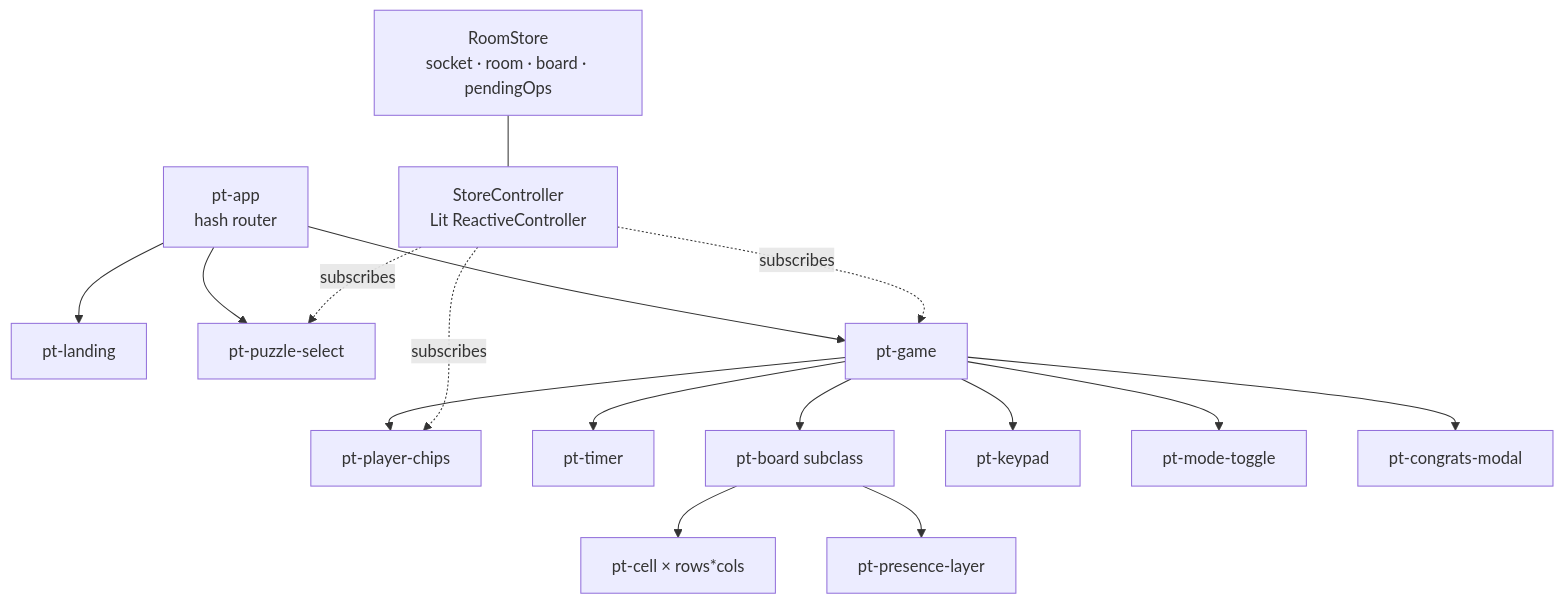
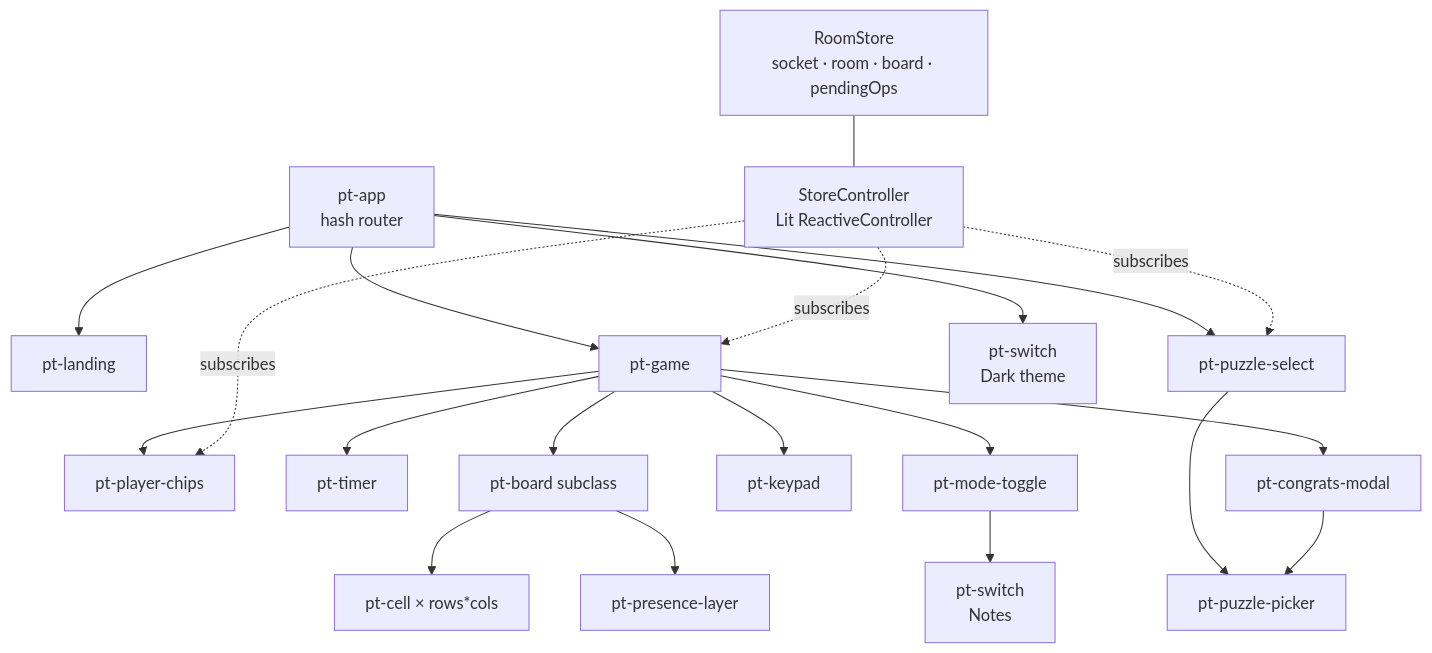
Before and after one commit to nikhilasm/puzzletogether: the sixth of 6 diagrams in docs/architecture.md, drawn with Mermaid. The commit also changed other lines of this file and 54 other files, not shown here.

````diff
--- a/docs/architecture.md
+++ b/docs/architecture.md
@@ -207,24 +211,29 @@
 ```mermaid
 flowchart TB
     APP["pt-app<br/>hash router"]
     APP --> LAND["pt-landing"]
     APP --> SEL["pt-puzzle-select"]
     APP --> GAME["pt-game"]
 
     GAME --> CHIPS["pt-player-chips"]
     GAME --> TIMER["pt-timer"]
     GAME --> BOARD["pt-board subclass"]
     GAME --> KEYPAD["pt-keypad"]
     GAME --> MODE["pt-mode-toggle"]
     GAME --> MODAL["pt-congrats-modal"]
 
+    APP --> THEMESW["pt-switch<br/>Dark theme"]
+    MODE --> SWITCH["pt-switch<br/>Notes"]
+    SEL --> PICKER["pt-puzzle-picker"]
+    MODAL --> PICKER
+
     BOARD --> CELL["pt-cell × rows*cols"]
     BOARD --> PRES["pt-presence-layer"]
 
     STORE["RoomStore<br/>socket · room · board · pendingOps"]
     CTRL["StoreController<br/>Lit ReactiveController"]
     STORE --- CTRL
     CTRL -. subscribes .-> GAME
     CTRL -. subscribes .-> SEL
     CTRL -. subscribes .-> CHIPS
 ```
````
